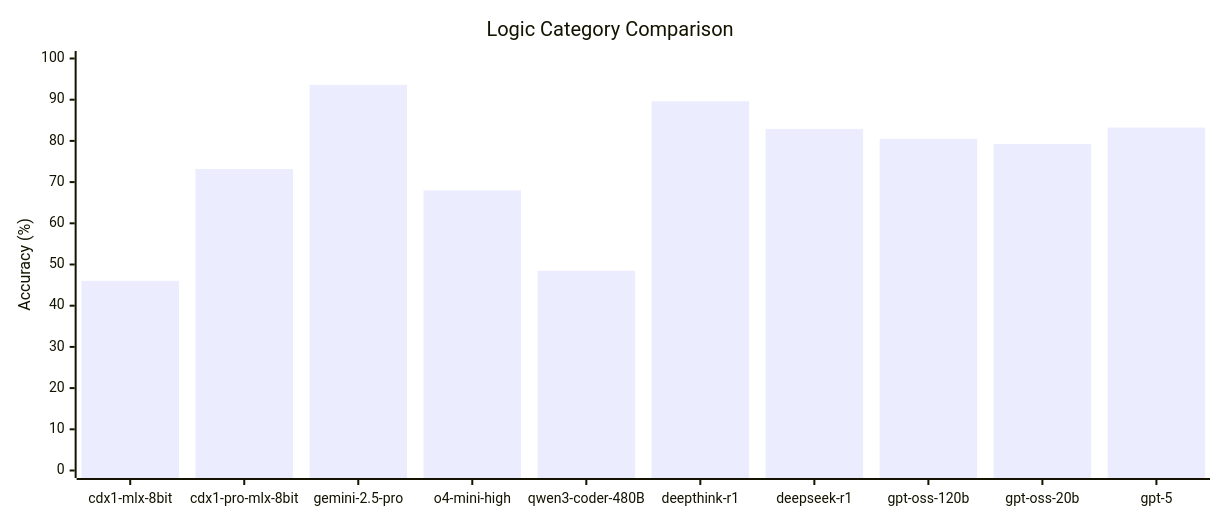
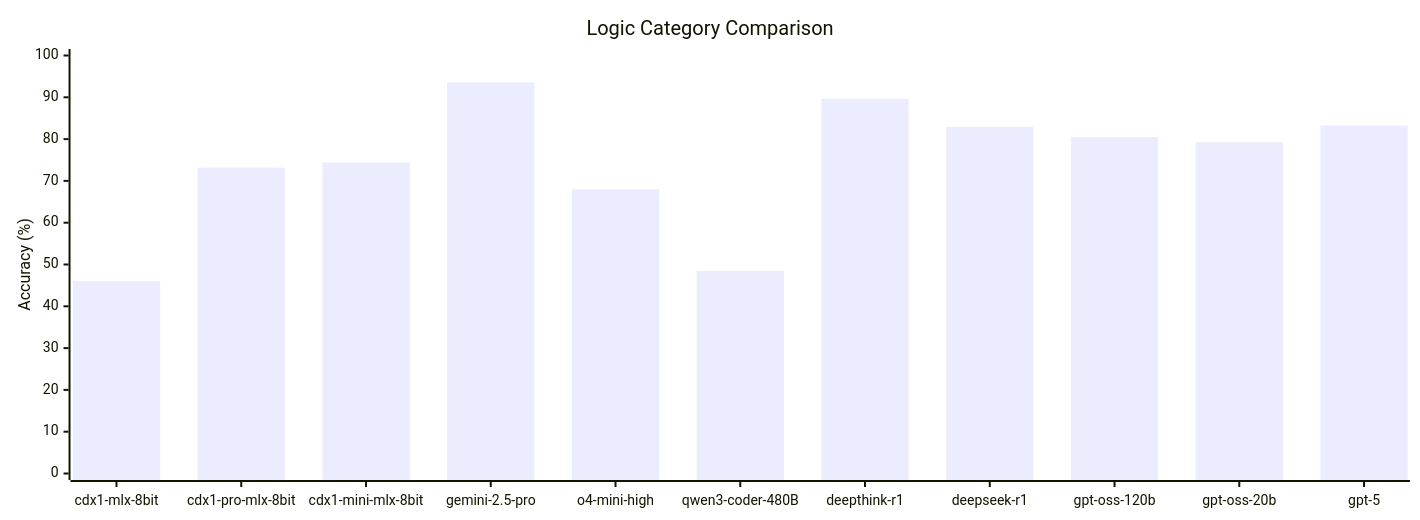
Before and after one commit to CycloneDX/cdxgen: the first of 2 diagrams in contrib/xBOMEval/results/README.md, drawn with Mermaid. The commit also changed other lines of this file and 8 other files, not shown here.

Commit message:
cdx1-mini

````diff
--- a/contrib/xBOMEval/results/README.md
+++ b/contrib/xBOMEval/results/README.md
@@ -22,13 +23,13 @@
 ```mermaid
 ---
 config:
   xyChart:
-    width: 1200
+    width: 1400
 ---
 %%{init: {'theme': 'default'}}%%
 xychart-beta
     title "Logic Category Comparison"
-    x-axis [cdx1-mlx-8bit, cdx1-pro-mlx-8bit, gemini-2.5-pro, o4-mini-high, qwen3-coder-480B, deepthink-r1, deepseek-r1, gpt-oss-120b, gpt-oss-20b, gpt-5]
+    x-axis [cdx1-mlx-8bit, cdx1-pro-mlx-8bit, cdx1-mini-mlx-8bit, gemini-2.5-pro, o4-mini-high, qwen3-coder-480B, deepthink-r1, deepseek-r1, gpt-oss-120b, gpt-oss-20b, gpt-5]
     y-axis "Accuracy (%)" 0 --> 100
-    bar [46.04, 73.17, 93.6, 67.99, 48.48, 89.63, 82.92, 80.49, 79.27, 83.23]
+    bar [46.04, 73.17, 74.39, 93.6, 67.99, 48.48, 89.63, 82.92, 80.49, 79.27, 83.23]
 ```
````
